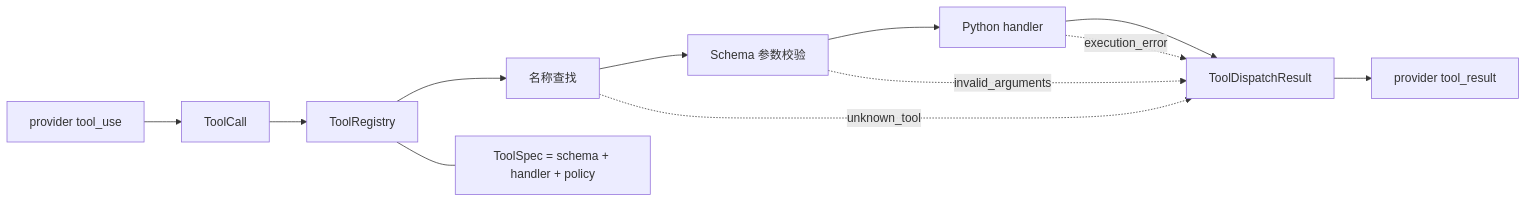
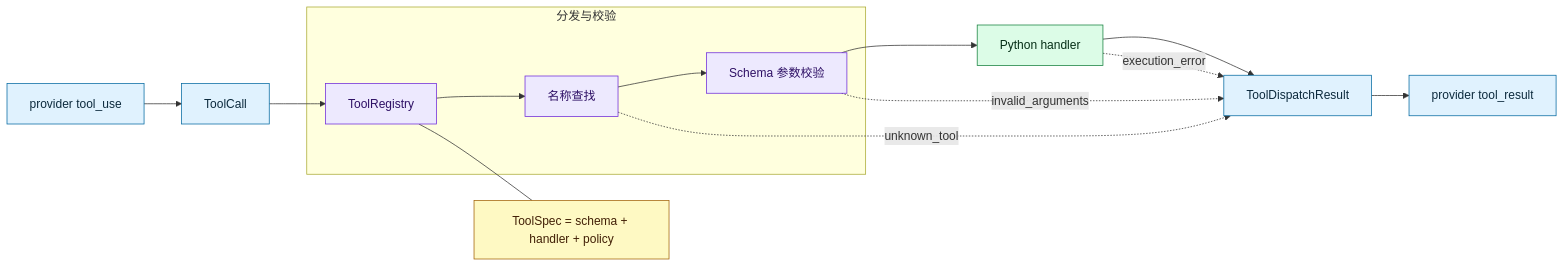
Before and after one commit to 11XuX/learn-workbuddy: the diagram in s02_tool_dispatch/README.md, drawn with Mermaid. The commit also changed 6 other files, not shown here.

First line of the commit message:
feat(docs): mermaid architecture restyle pilot for s01+s02

````diff
--- a/s02_tool_dispatch/README.md
+++ b/s02_tool_dispatch/README.md
@@ -14,14 +14,27 @@
 ```mermaid
 flowchart LR
     A["provider tool_use"] --> B["ToolCall"]
     B --> C["ToolRegistry"]
     C --> D["名称查找"]
     D --> E["Schema 参数校验"]
     E --> F["Python handler"]
     F --> G["ToolDispatchResult"]
     D -. "unknown_tool" .-> G
     E -. "invalid_arguments" .-> G
     F -. "execution_error" .-> G
     G --> H["provider tool_result"]
     C --- S["ToolSpec = schema + handler + policy"]
+    subgraph dispatch["分发与校验"]
+        C
+        D
+        E
+    end
+    classDef io fill:#e0f2fe,stroke:#0369a1,color:#0c2a3d
+    classDef core fill:#ede9fe,stroke:#6d28d9,color:#2e1065
+    classDef tool fill:#dcfce7,stroke:#15803d,color:#052e16
+    classDef data fill:#fef9c3,stroke:#a16207,color:#422006
+    class A,B,G,H io
+    class C,D,E core
+    class F tool
+    class S data
 ```
````
